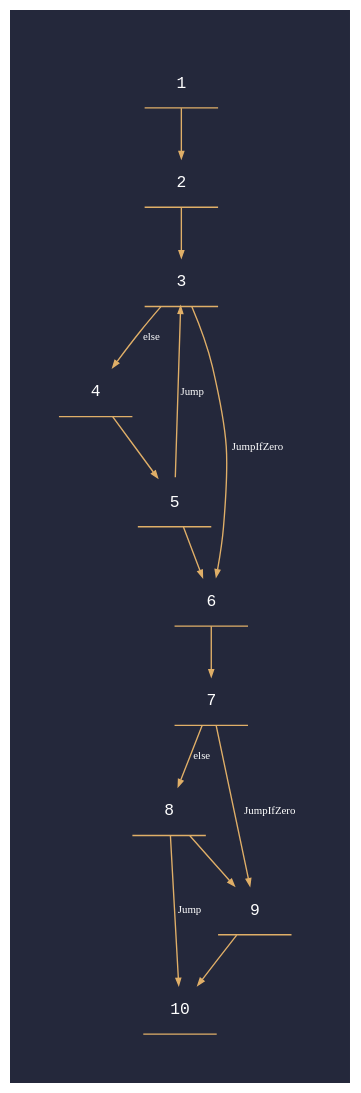
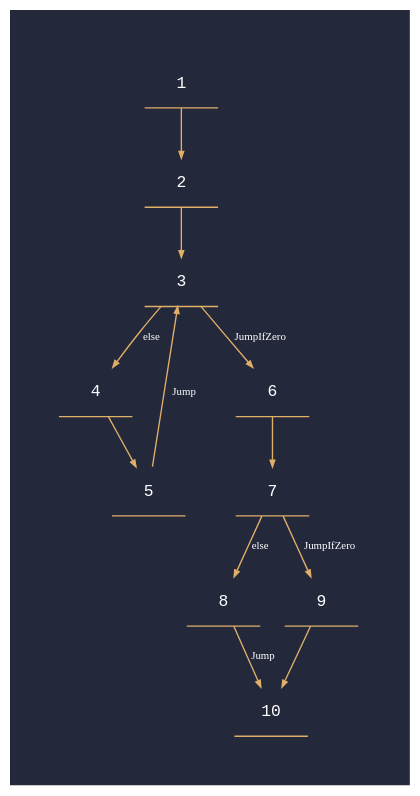
One commit to jorgeypcb/ImpCodeGenerator changed the diagram in programs/dot-files/arith.cfg.dot. Above: the diagram before and after it, drawn with Graphviz. The commit also changed 6 other files, not shown here.

```diff
--- a/programs/dot-files/arith.cfg.dot
+++ b/programs/dot-files/arith.cfg.dot
@@ -1,27 +1,25 @@
 digraph "arith.cfg" {
 	graph [bgcolor="#24283B" pad=0.5]
 	node [color="#E0AF68" fontcolor="#ffffff" fontname="Hack, monospace" fontsize=12 shape=underline]
 	edge [arrowsize=0.5 color="#E0AF68" fontcolor="#ffffff" fontsize=8]
 	1
 	2
 	3
 	4
 	5
 	6
 	7
 	8
 	9
 	1 -> 2 [label=""]
 	2 -> 3 [label=""]
 	3 -> 4 [label=else]
 	3 -> 6 [label=JumpIfZero]
 	4 -> 5 [label=""]
 	5 -> 3 [label=Jump]
-	5 -> 6 [label=""]
 	6 -> 7 [label=""]
 	7 -> 8 [label=else]
 	7 -> 9 [label=JumpIfZero]
 	8 -> 10 [label=Jump]
-	8 -> 9 [label=""]
 	9 -> 10 [label=""]
 }
```
